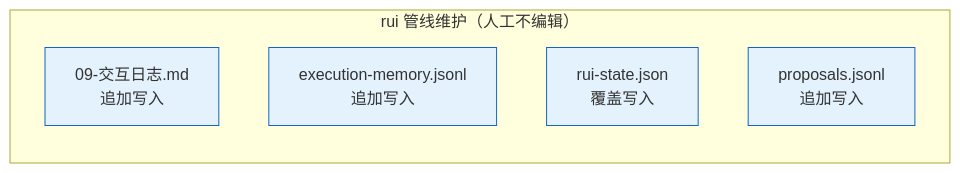
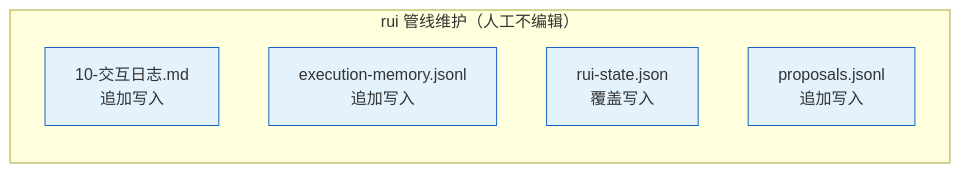
The fourth of 5 diagrams in skills/rui/coder.md (effiy/YrY), drawn with Mermaid before and after one commit. The commit also changed other lines of this file and 11 other files, not shown here.

````diff
--- a/skills/rui/coder.md
+++ b/skills/rui/coder.md
@@ -138,11 +138,11 @@
 ```mermaid
 flowchart LR
     subgraph 管理["rui 管线维护（人工不编辑）"]
-        M0["09-交互日志.md<br/>追加写入"]:::data
+        M0["10-交互日志.md<br/>追加写入"]:::data
         M1["execution-memory.jsonl<br/>追加写入"]:::data
         M2["rui-state.json<br/>覆盖写入"]:::data
         M3["proposals.jsonl<br/>追加写入"]:::data
     end
 
     classDef data fill:#e3f2fd,stroke:#1565c0;
 ```
````
